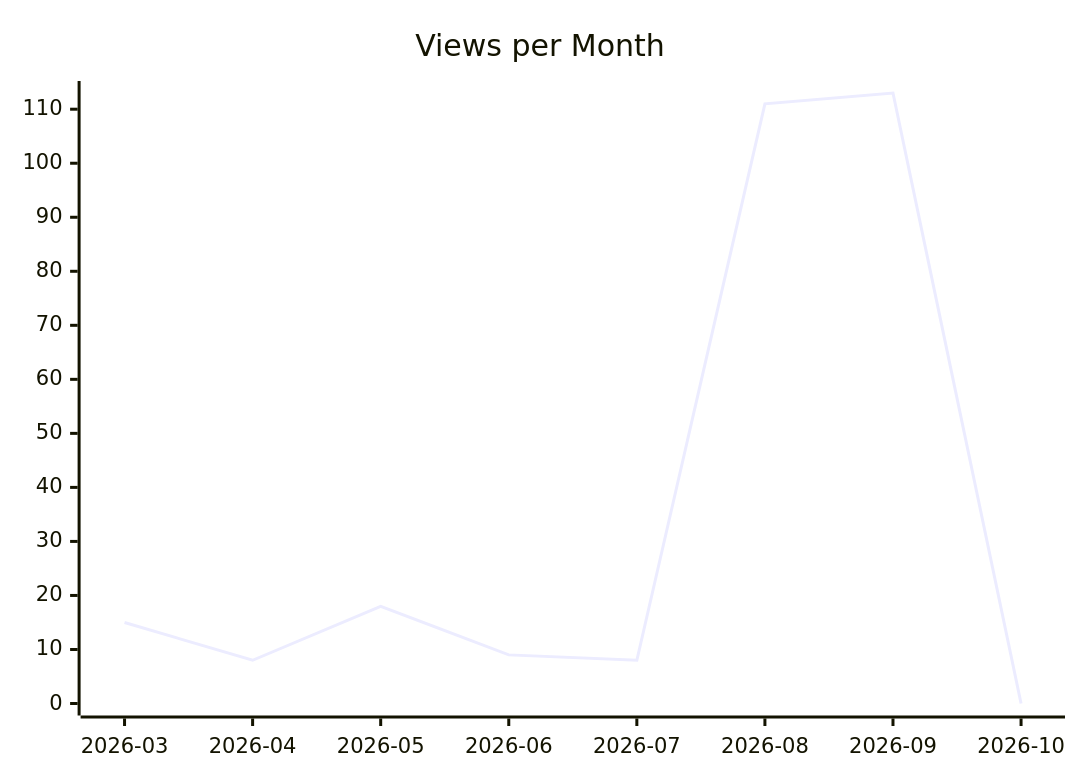
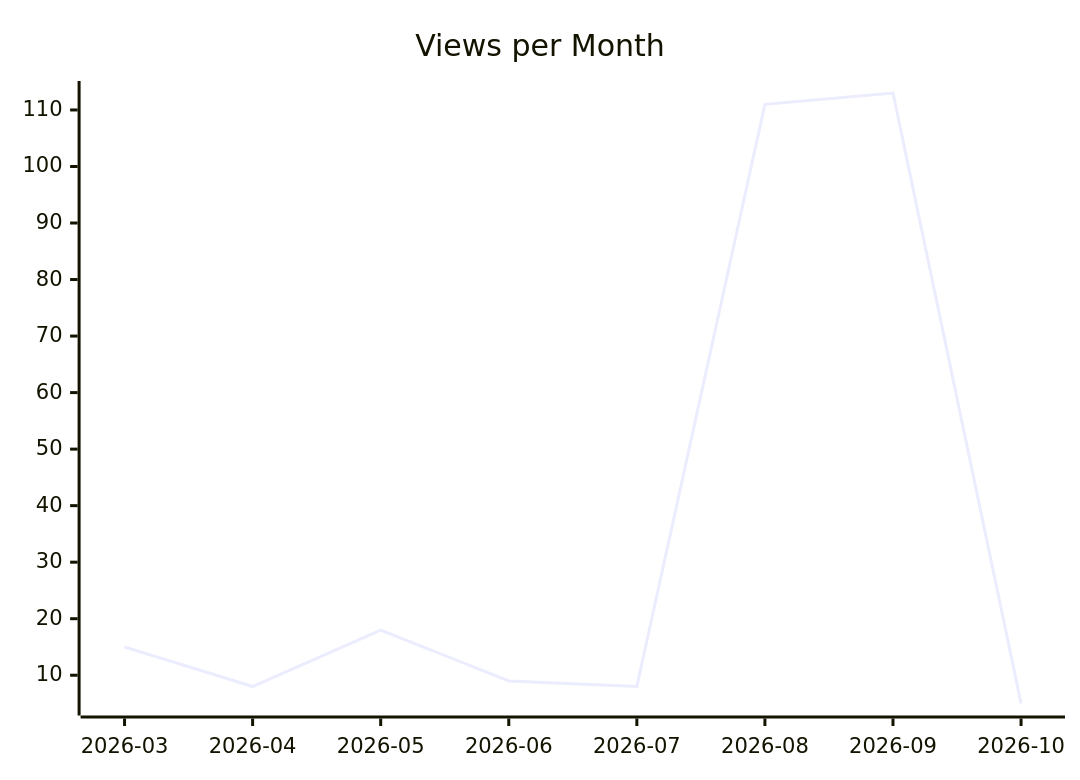
One commit to justdavis-family/github-analytics-data changed the second of 3 diagrams in karlmdavis/xmlpull/README.md. Above: the diagram before and after it, drawn with Mermaid. The commit also changed other lines of this file and 200 other files, not shown here.

````diff
--- a/karlmdavis/xmlpull/README.md
+++ b/karlmdavis/xmlpull/README.md
@@ -12,6 +12,6 @@
 ```mermaid
 xychart-beta
   title "Views per Month"
   x-axis ["2026-03", "2026-04", "2026-05", "2026-06", "2026-07", "2026-08", "2026-09", "2026-10"]
-  line [15, 8, 18, 9, 8, 111, 113, 0]
+  line [15, 8, 18, 9, 8, 111, 113, 5]
 ```
````
